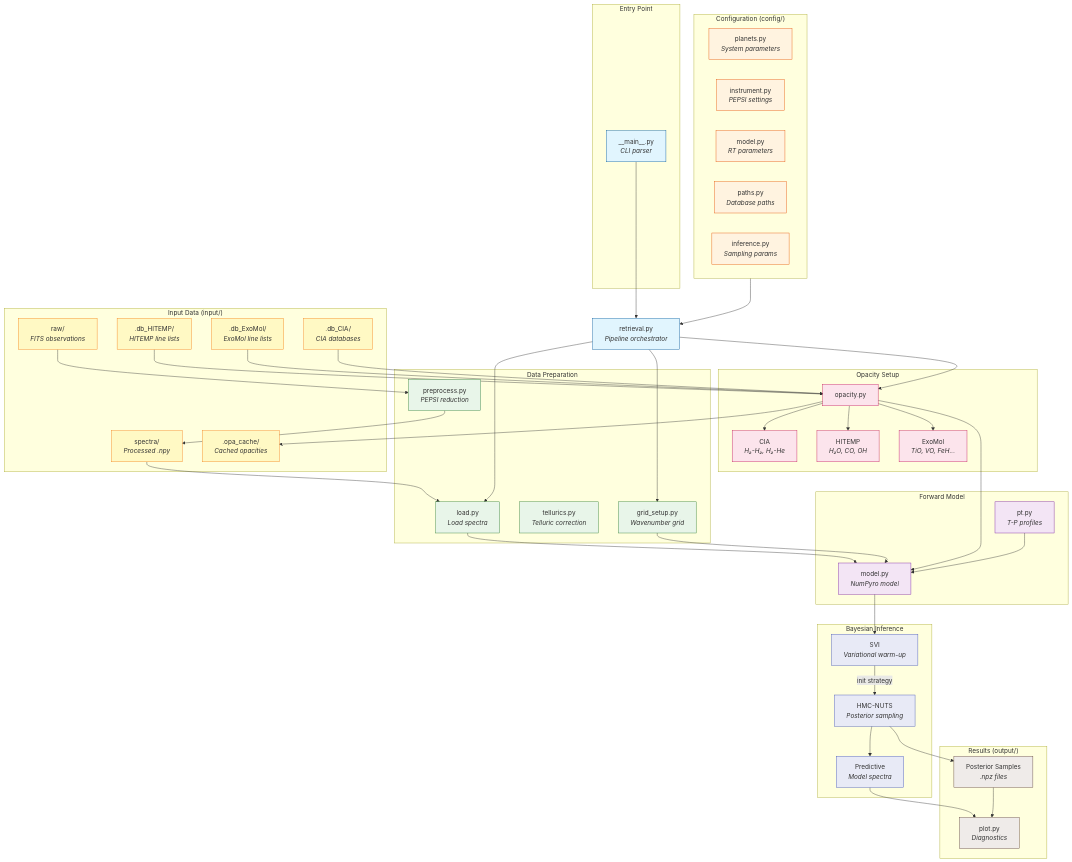
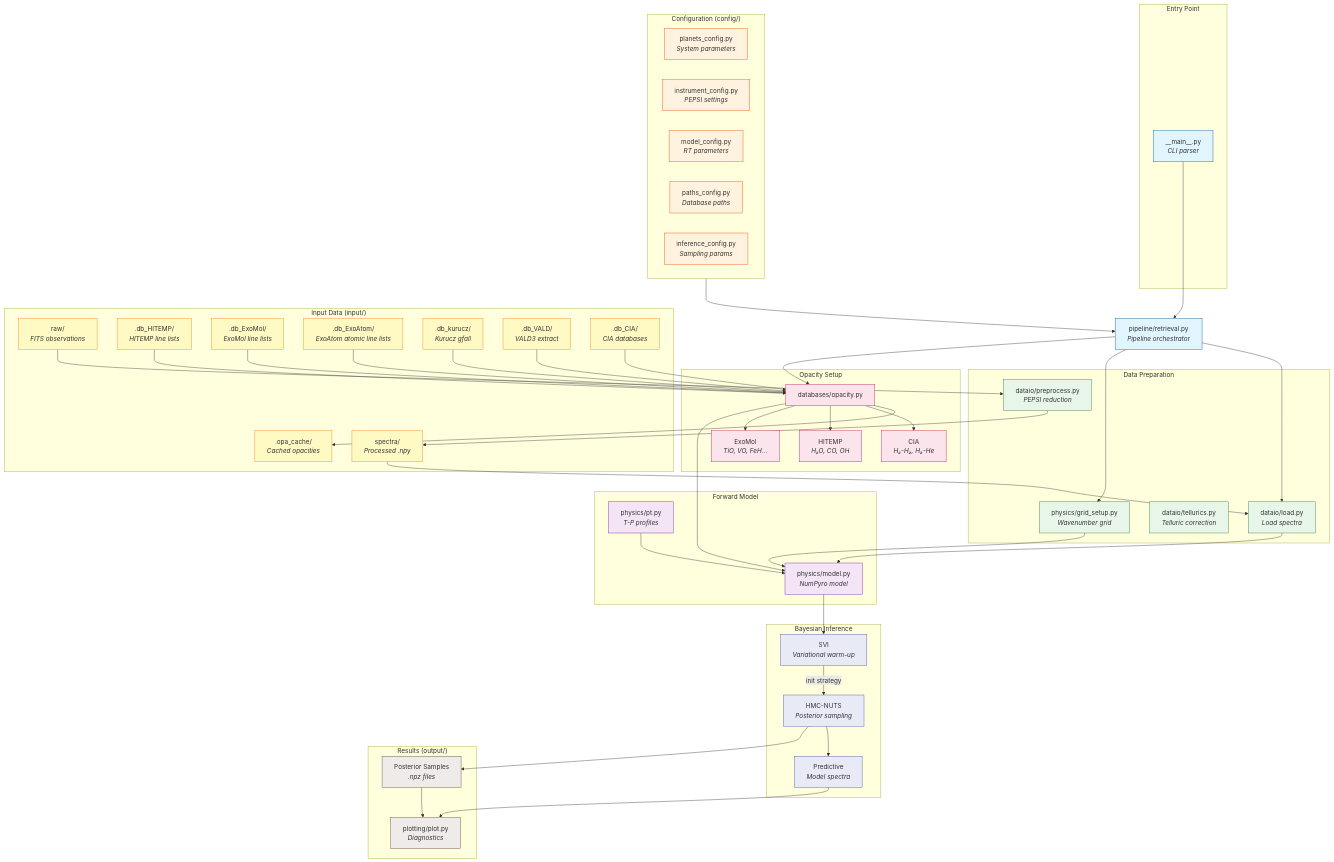
One commit to calderlen/atmo-retrieval changed the diagram in README.md. Above: the diagram before and after it, drawn with Mermaid. The commit also changed other lines of this file and 15 other files, not shown here.

Commit message:
moved modules into subdirs, updated readme, added automatic downloading of ExoMol, HTEMP, and support for VALD3 line lists but which must be manually downloaded

```diff
--- a/README.md
+++ b/README.md
@@ -9,6 +9,9 @@
         spectra["spectra/<br/><i>Processed .npy</i>"]
         db_hitemp[".db_HITEMP/<br/><i>HITEMP line lists</i>"]
         db_exomol[".db_ExoMol/<br/><i>ExoMol line lists</i>"]
+        db_exoatom[".db_ExoAtom/<br/><i>ExoAtom atomic line lists</i>"]
+        db_kurucz[".db_kurucz/<br/><i>Kurucz gfall</i>"]
+        db_vald[".db_VALD/<br/><i>VALD3 extract</i>"]
         db_cia[".db_CIA/<br/><i>CIA databases</i>"]
         opa_cache[".opa_cache/<br/><i>Cached opacities</i>"]
     end
@@ -18,30 +21,30 @@
     end
 
     subgraph Config["Configuration (config/)"]
-        planets["planets.py<br/><i>System parameters</i>"]
-        instrument["instrument.py<br/><i>PEPSI settings</i>"]
-        model_cfg["model.py<br/><i>RT parameters</i>"]
-        paths["paths.py<br/><i>Database paths</i>"]
-        inf_cfg["inference.py<br/><i>Sampling params</i>"]
+        planets["planets_config.py<br/><i>System parameters</i>"]
+        instrument["instrument_config.py<br/><i>PEPSI settings</i>"]
+        model_cfg["model_config.py<br/><i>RT parameters</i>"]
+        paths["paths_config.py<br/><i>Database paths</i>"]
+        inf_cfg["inference_config.py<br/><i>Sampling params</i>"]
     end
 
     subgraph DataPrep["Data Preparation"]
-        load["load.py<br/><i>Load spectra</i>"]
-        preprocess["preprocess.py<br/><i>PEPSI reduction</i>"]
-        tellurics["tellurics.py<br/><i>Telluric correction</i>"]
-        grid["grid_setup.py<br/><i>Wavenumber grid</i>"]
+        load["dataio/load.py<br/><i>Load spectra</i>"]
+        preprocess["dataio/preprocess.py<br/><i>PEPSI reduction</i>"]
+        tellurics["dataio/tellurics.py<br/><i>Telluric correction</i>"]
+        grid["physics/grid_setup.py<br/><i>Wavenumber grid</i>"]
     end
 
     subgraph Opacity["Opacity Setup"]
-        opa_setup["opacity.py"]
+        opa_setup["databases/opacity.py"]
         cia["CIA<br/><i>H₂-H₂, H₂-He</i>"]
         hitemp["HITEMP<br/><i>H₂O, CO, OH</i>"]
         exomol["ExoMol<br/><i>TiO, VO, FeH...</i>"]
     end
 
     subgraph Forward["Forward Model"]
-        model["model.py<br/><i>NumPyro model</i>"]
-        pt["pt.py<br/><i>T-P profiles</i>"]
+        model["physics/model.py<br/><i>NumPyro model</i>"]
+        pt["physics/pt.py<br/><i>T-P profiles</i>"]
     end
 
     subgraph Inference["Bayesian Inference"]
@@ -52,7 +55,7 @@
 
     subgraph Output["Results (output/)"]
         posterior["Posterior Samples<br/><i>.npz files</i>"]
-        plots["plot.py<br/><i>Diagnostics</i>"]
+        plots["plotting/plot.py<br/><i>Diagnostics</i>"]
     end
 
     %% Data flow
@@ -62,11 +65,14 @@
 
     db_hitemp --> opa_setup
     db_exomol --> opa_setup
+    db_exoatom --> opa_setup
+    db_kurucz --> opa_setup
+    db_vald --> opa_setup
     db_cia --> opa_setup
     opa_setup --> opa_cache
 
     %% Main flow
-    main --> retrieval["retrieval.py<br/><i>Pipeline orchestrator</i>"]
+    main --> retrieval["pipeline/retrieval.py<br/><i>Pipeline orchestrator</i>"]
     Config --> retrieval
 
     retrieval --> load
@@ -100,7 +106,7 @@
     classDef inference fill:#e8eaf6,stroke:#3f51b5
     classDef output fill:#efebe9,stroke:#5d4037
 
-    class raw,spectra,db_hitemp,db_exomol,db_cia,opa_cache input
+    class raw,spectra,db_hitemp,db_exomol,db_exoatom,db_kurucz,db_vald,db_cia,opa_cache input
     class main,retrieval entry
     class planets,instrument,model_cfg,paths,inf_cfg config
     class load,preprocess,tellurics,grid data
```
